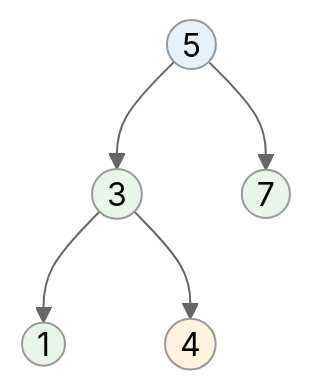
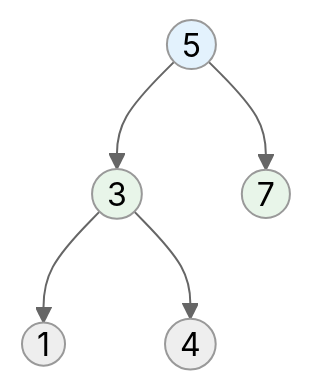
One commit to hemy08/hemynotes changed diagram 25 of 31 in docs/030-数据结构与算法/200-树结构/002-二叉搜索树.md. Above: the diagram before and after it, drawn with Mermaid (neutral theme). The commit also changed other lines of this file and 91 other files, not shown here.

````diff
--- a/docs/030-数据结构与算法/200-树结构/002-二叉搜索树.md
+++ b/docs/030-数据结构与算法/200-树结构/002-二叉搜索树.md
@@ -560,13 +550,11 @@
 ```mermaid
 graph TB
-    A((5)) --> B((3))
-    A --> C((7))
-    B --> D((1))
-    B --> E((4))
+    5((5)) --> 3((3))
+    5 --> 7((7))
+    3 --> 1((1))
+    3 --> 4((4))
     
-    style A fill:#E3F2FD
-    style B fill:#E8F5E9
-    style C fill:#E8F5E9
-    style D fill:#E8F5E9
-    style E fill:#FFF3E0
+    style 5 fill:#E3F2FD
+    style 3 fill:#E8F5E9
+    style 7 fill:#E8F5E9
 ```
````
